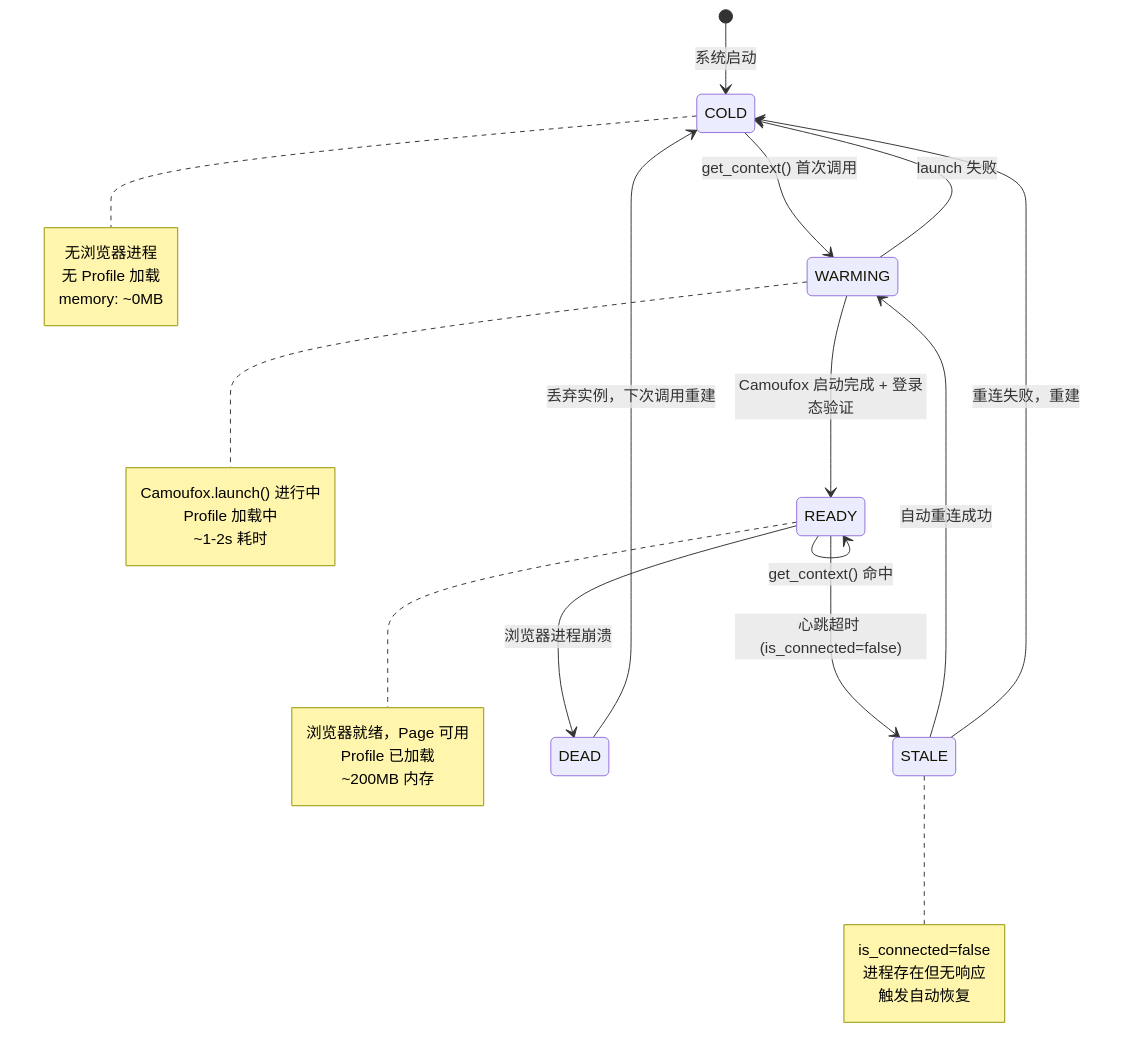
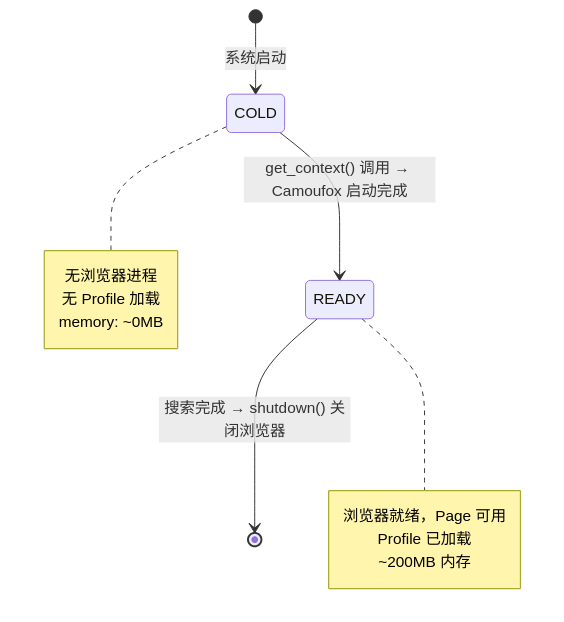
Before and after one commit to moyu12-ae/ZeroSearch: the second of 6 diagrams in .anws/v1/04_SYSTEM_DESIGN/browser-engine.md, drawn with Mermaid. The commit also changed other lines of this file and 5 other files, not shown here.

````diff
--- a/.anws/v1/04_SYSTEM_DESIGN/browser-engine.md
+++ b/.anws/v1/04_SYSTEM_DESIGN/browser-engine.md
@@ -148,41 +148,20 @@
 ```mermaid
 stateDiagram-v2
     [*] --> COLD: 系统启动
     
-    COLD --> WARMING: get_context() 首次调用
-    WARMING --> READY: Camoufox 启动完成 + 登录态验证
-    WARMING --> COLD: launch 失败
+    COLD --> READY: get_context() 调用 → Camoufox 启动完成
     
-    READY --> STALE: 心跳超时 (is_connected=false)
-    READY --> DEAD: 浏览器进程崩溃
-    READY --> READY: get_context() 命中
-    
-    STALE --> WARMING: 自动重连成功
-    STALE --> COLD: 重连失败，重建
-    
-    DEAD --> COLD: 丢弃实例，下次调用重建
+    READY --> [*]: 搜索完成 → shutdown() 关闭浏览器
     
     note right of COLD
         无浏览器进程
         无 Profile 加载
         memory: ~0MB
     end note
     
-    note right of WARMING
-        Camoufox.launch() 进行中
-        Profile 加载中
-        ~1-2s 耗时
-    end note
-    
     note right of READY
         浏览器就绪，Page 可用
         Profile 已加载
         ~200MB 内存
     end note
-    
-    note right of STALE
-        is_connected=false
-        进程存在但无响应
-        触发自动恢复
-    end note
 ```
````
